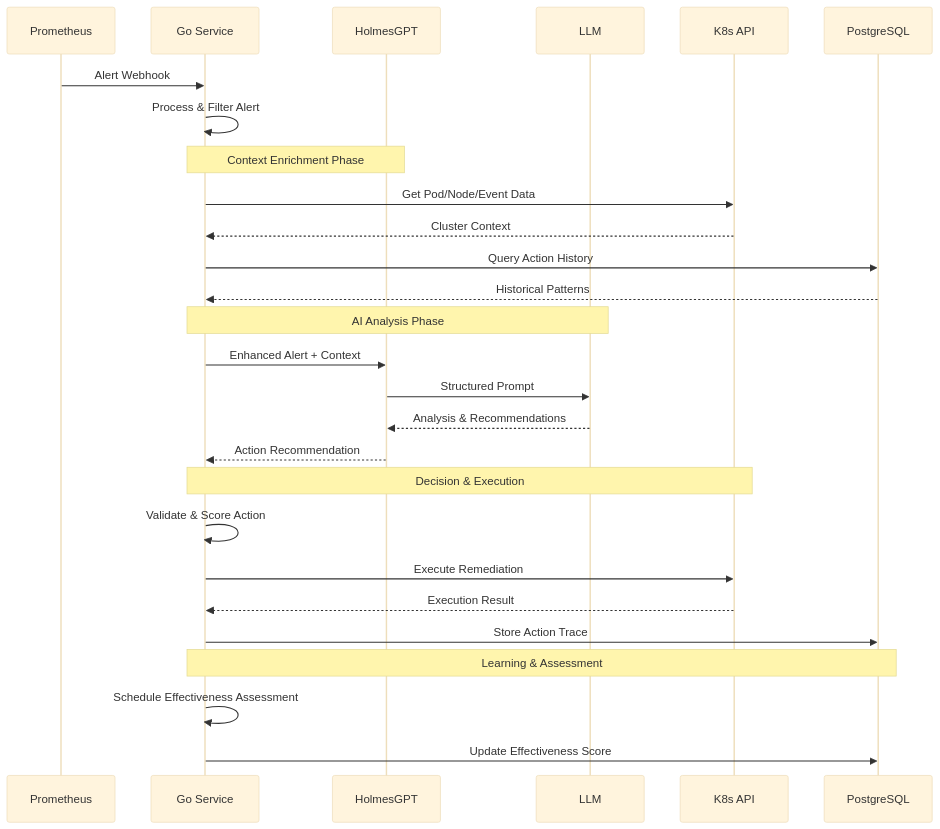
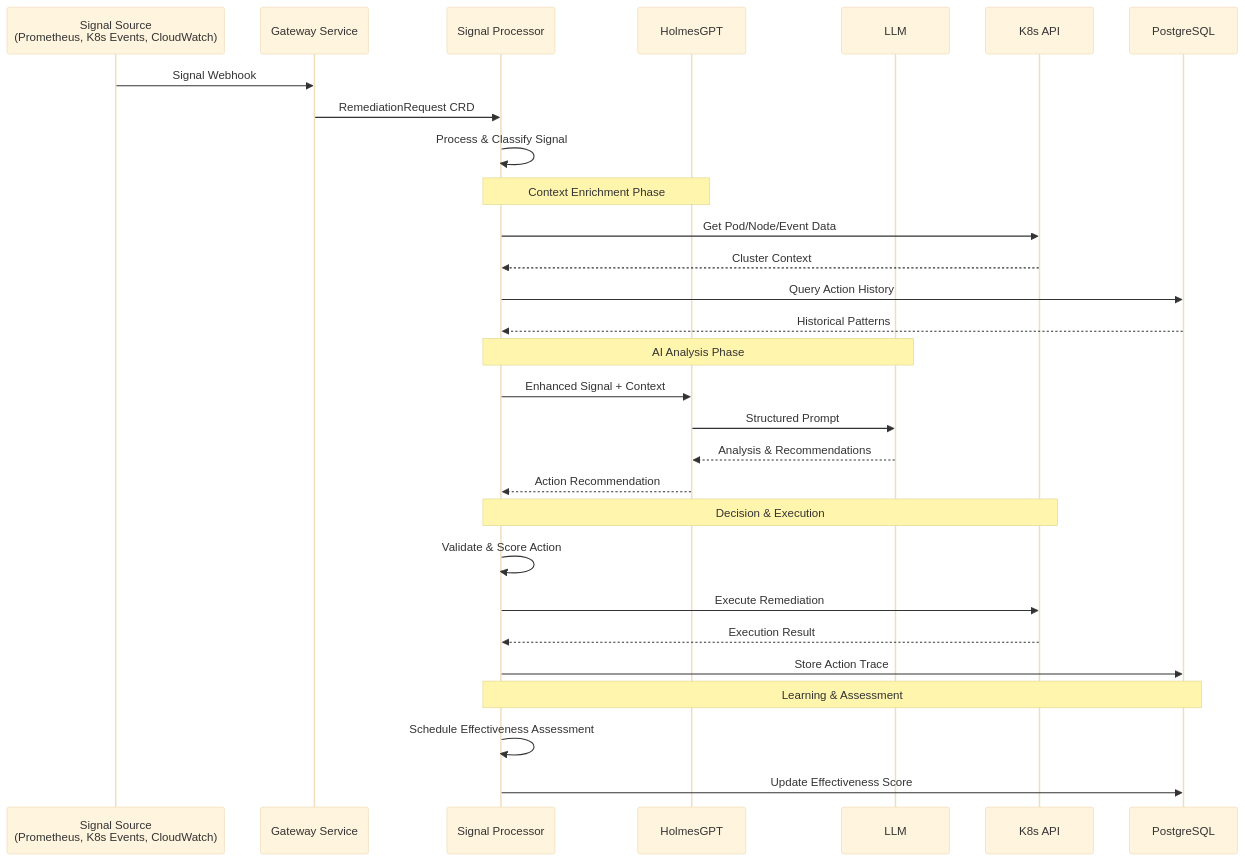
The second of 3 diagrams in README.md (jordigilh/kubernaut), drawn with Mermaid (base theme) before and after one commit. The commit also changed other lines of this file and 14 other files, not shown here.

First line of the commit message:
docs: rename CRD files and update README with V1 architecture

````diff
--- a/README.md
+++ b/README.md
@@ -179,34 +210,36 @@
 ```mermaid
 sequenceDiagram
-    participant Prometheus
-    participant Go Service
+    participant SignalSource as Signal Source<br/>(Prometheus, K8s Events, CloudWatch)
+    participant Gateway as Gateway Service
+    participant SignalProcessor as Signal Processor
     participant HolmesGPT
     participant LLM
     participant K8s API
     participant PostgreSQL
 
-    Prometheus->>Go Service: Alert Webhook
-    Go Service->>Go Service: Process & Filter Alert
+    SignalSource->>Gateway: Signal Webhook
+    Gateway->>SignalProcessor: RemediationRequest CRD
+    SignalProcessor->>SignalProcessor: Process & Classify Signal
 
-    note over Go Service,HolmesGPT: Context Enrichment Phase
-    Go Service->>K8s API: Get Pod/Node/Event Data
-    K8s API-->>Go Service: Cluster Context
-    Go Service->>PostgreSQL: Query Action History
-    PostgreSQL-->>Go Service: Historical Patterns
+    note over SignalProcessor,HolmesGPT: Context Enrichment Phase
+    SignalProcessor->>K8s API: Get Pod/Node/Event Data
+    K8s API-->>SignalProcessor: Cluster Context
+    SignalProcessor->>PostgreSQL: Query Action History
+    PostgreSQL-->>SignalProcessor: Historical Patterns
 
-    note over Go Service,LLM: AI Analysis Phase
-    Go Service->>HolmesGPT: Enhanced Alert + Context
+    note over SignalProcessor,LLM: AI Analysis Phase
+    SignalProcessor->>HolmesGPT: Enhanced Signal + Context
     HolmesGPT->>LLM: Structured Prompt
     LLM-->>HolmesGPT: Analysis & Recommendations
-    HolmesGPT-->>Go Service: Action Recommendation
+    HolmesGPT-->>SignalProcessor: Action Recommendation
 
-    note over Go Service,K8s API: Decision & Execution
-    Go Service->>Go Service: Validate & Score Action
-    Go Service->>K8s API: Execute Remediation
-    K8s API-->>Go Service: Execution Result
-    Go Service->>PostgreSQL: Store Action Trace
+    note over SignalProcessor,K8s API: Decision & Execution
+    SignalProcessor->>SignalProcessor: Validate & Score Action
+    SignalProcessor->>K8s API: Execute Remediation
+    K8s API-->>SignalProcessor: Execution Result
+    SignalProcessor->>PostgreSQL: Store Action Trace
 
-    note over Go Service,PostgreSQL: Learning & Assessment
-    Go Service->>Go Service: Schedule Effectiveness Assessment
-    Go Service->>PostgreSQL: Update Effectiveness Score
+    note over SignalProcessor,PostgreSQL: Learning & Assessment
+    SignalProcessor->>SignalProcessor: Schedule Effectiveness Assessment
+    SignalProcessor->>PostgreSQL: Update Effectiveness Score
 ```
````
